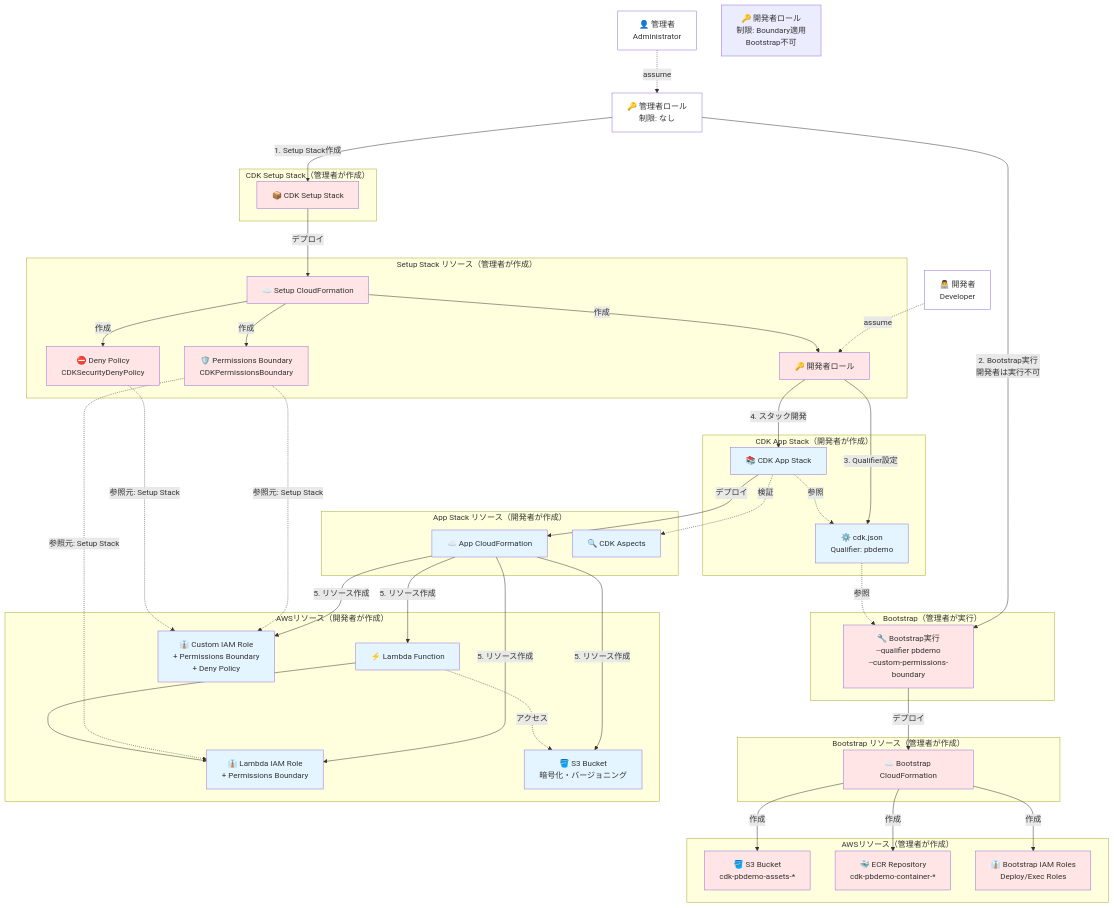
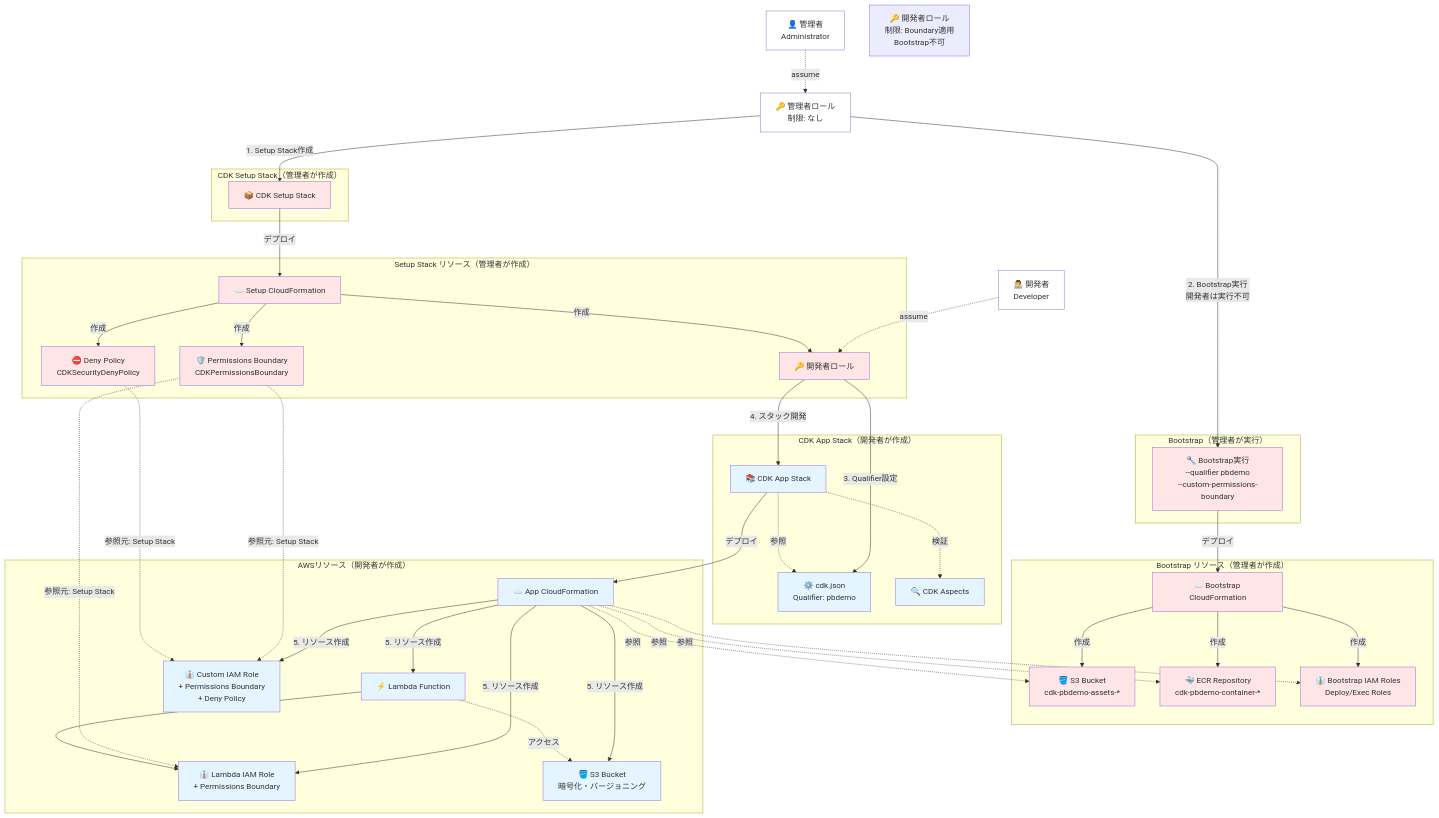
Before and after one commit to goataka/cdk-with-permissions-boundary: the first of 3 diagrams in SECURITY_FEATURES.md, drawn with Mermaid.

Commit message:
Final architecture diagram refinements: move Aspects to CDK App Stack, AppCfn to AWS resources, consolidate Bootstrap resources, add AppCfn→Bootstrap references

```diff
--- a/SECURITY_FEATURES.md
+++ b/SECURITY_FEATURES.md
@@ -31,25 +31,19 @@
     
     subgraph "Bootstrap リソース（管理者が作成）"
         BootstrapCfn[☁️ Bootstrap CloudFormation]
+        S3Assets[🪣 S3 Bucket<br/>cdk-pbdemo-assets-*]
+        ECRRepo[🐳 ECR Repository<br/>cdk-pbdemo-container-*]
+        BootstrapRoles[👔 Bootstrap IAM Roles<br/>Deploy/Exec Roles]
     end
     
     subgraph "CDK App Stack（開発者が作成）"
         AppStack[📚 CDK App Stack]
         QualifierConfig[⚙️ cdk.json<br/>Qualifier: pbdemo]
-    end
-    
-    subgraph "App Stack リソース（開発者が作成）"
-        AppCfn[☁️ App CloudFormation]
         Aspects[🔍 CDK Aspects]
     end
     
-    subgraph "AWSリソース（管理者が作成）"
-        S3Assets[🪣 S3 Bucket<br/>cdk-pbdemo-assets-*]
-        ECRRepo[🐳 ECR Repository<br/>cdk-pbdemo-container-*]
-        BootstrapRoles[👔 Bootstrap IAM Roles<br/>Deploy/Exec Roles]
-    end
-    
     subgraph "AWSリソース（開発者が作成）"
+        AppCfn[☁️ App CloudFormation]
         Lambda[⚡ Lambda Function]
         LambdaRole[👔 Lambda IAM Role<br/>+ Permissions Boundary]
         S3Bucket[🪣 S3 Bucket<br/>暗号化・バージョニング]
@@ -73,7 +67,6 @@
     
     DevRoleResource -->|3. Qualifier設定| QualifierConfig
     DevRoleResource -->|4. スタック開発| AppStack
-    QualifierConfig -.参照.-> Bootstrap
     AppStack -.参照.-> QualifierConfig
     AppStack -->|デプロイ| AppCfn
     AppStack -.検証.-> Aspects
@@ -82,6 +75,9 @@
     AppCfn -->|5. リソース作成| LambdaRole
     AppCfn -->|5. リソース作成| S3Bucket
     AppCfn -->|5. リソース作成| CustomRole
+    AppCfn -.参照.-> S3Assets
+    AppCfn -.参照.-> ECRRepo
+    AppCfn -.参照.-> BootstrapRoles
     
     PBPolicy -.参照元: Setup Stack.-> LambdaRole
     PBPolicy -.参照元: Setup Stack.-> CustomRole
```
